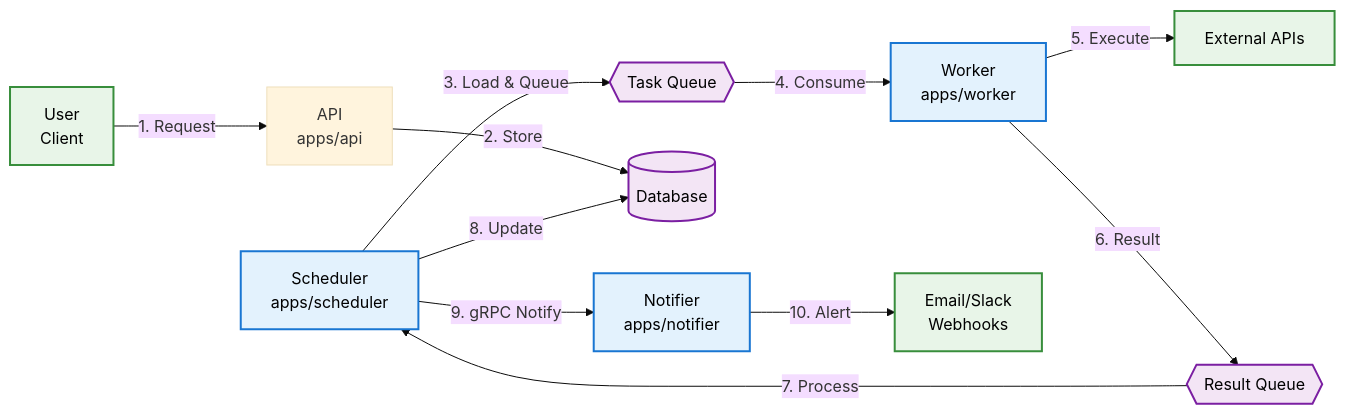
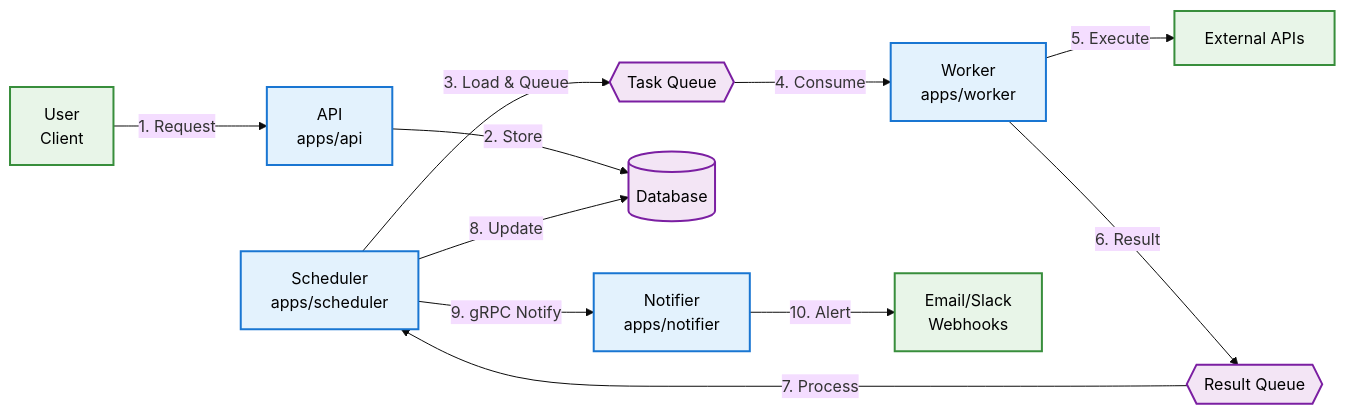
The first of 2 diagrams in README.md (Hhacel/TaskFlow), drawn with Mermaid (base theme) before and after one commit. The commit also changed other lines of this file and 3 other files, not shown here.

````diff
--- a/README.md
+++ b/README.md
@@ -14,46 +14,46 @@
 ```mermaid
 flowchart LR
     %% Row 1: User Input
     User["User<br/>Client"] 
     
     %% Row 2: API
     API["API<br/>apps/api"]
     
     %% Row 3: Core Services (horizontal alignment)
     SCH["Scheduler<br/>apps/scheduler"]
     NOT["Notifier<br/>apps/notifier"]
     
     %% Row 4: Worker
     WRK["Worker<br/>apps/worker"]
     
     %% Row 5: External
     External["External APIs"]
     Email["Email/Slack<br/>Webhooks"]
     
     %% Data Layer (bottom row)
     DB[("Database")]
     MQ_Task{{"Task Queue"}}
     MQ_Result{{"Result Queue"}}
 
     %% Main Flow (numbered for clarity)
     User -->|"1. Request"| API
     API -->|"2. Store"| DB
     SCH -->|"3. Load & Queue"| MQ_Task
     MQ_Task -->|"4. Consume"| WRK
     WRK -->|"5. Execute"| External
     WRK -->|"6. Result"| MQ_Result
     MQ_Result -->|"7. Process"| SCH
     SCH -->|"8. Update"| DB
     SCH -->|"9. gRPC Notify"| NOT
     NOT -->|"10. Alert"| Email
 
     %% Styling
     classDef service fill:#e3f2fd,stroke:#1976d2,stroke-width:2px,color:#000000
     classDef data fill:#f3e5f5,stroke:#7b1fa2,stroke-width:2px,color:#000000
     classDef external fill:#e8f5e8,stroke:#388e3c,stroke-width:2px,color:#000000
     classDef support fill:#fff3e0,stroke:#f57c00,stroke-width:2px,color:#000000
     
-    class SCH,AGG,NOT,WRK service
+    class API,SCH,NOT,WRK service
     class DB,MQ_Task,MQ_Result data
     class User,External,Email external
 ```
````
